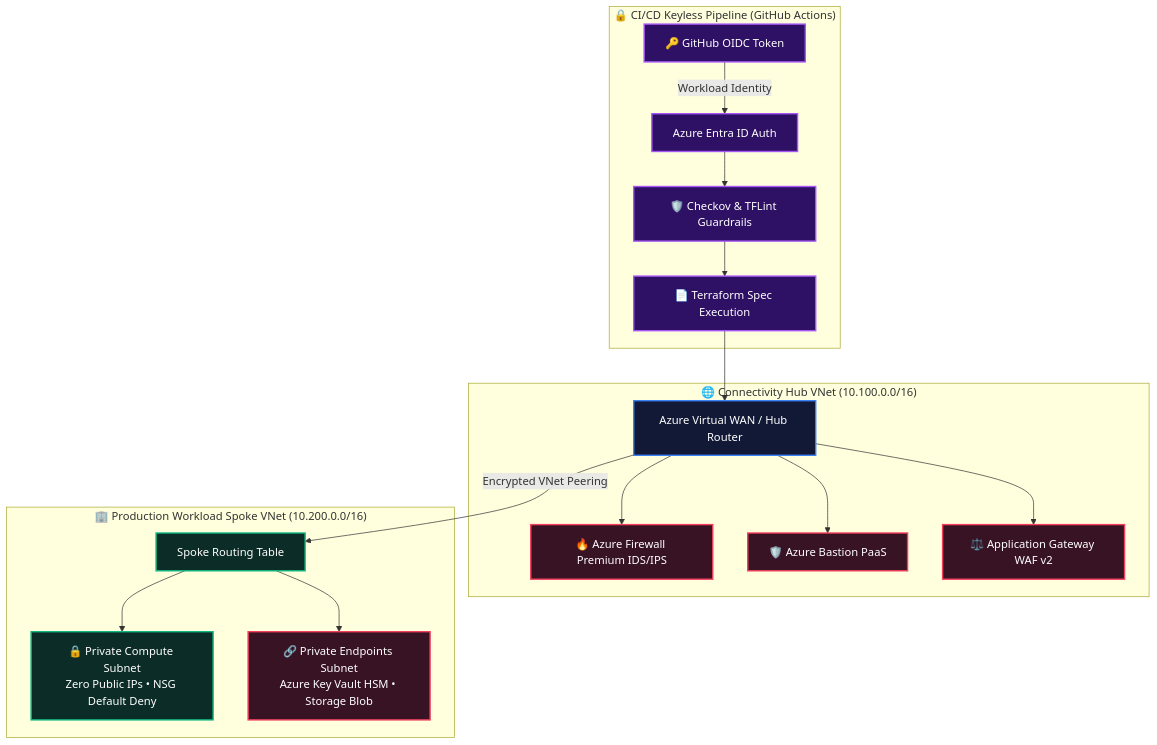
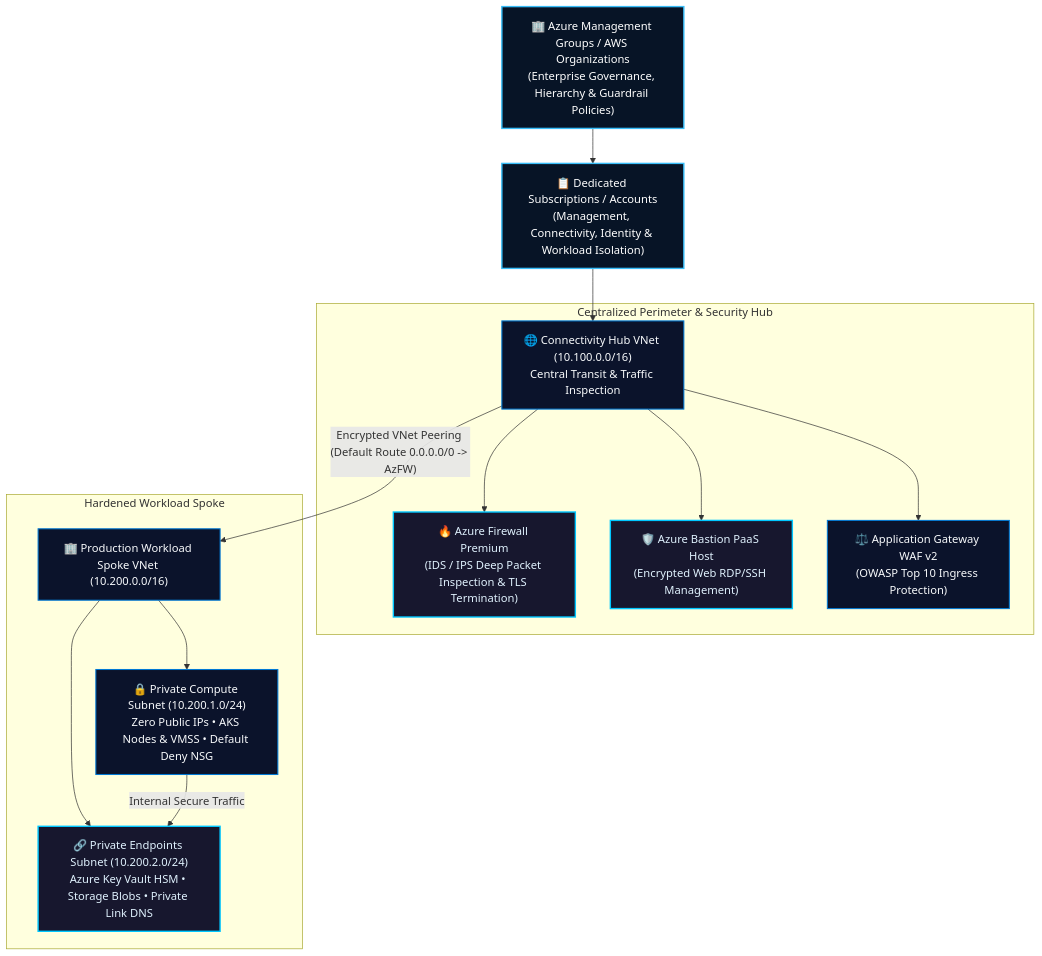
Before and after one commit to Dev-opsRahul/Dev-opsRahul: the third of 9 diagrams in README.md, drawn with Mermaid. The commit also changed other lines of this file, not shown here.

````diff
--- a/README.md
+++ b/README.md
@@ -106,30 +176,27 @@
 ```mermaid
-flowchart TD
-    classDef hub fill:#111936,stroke:#3b82f6,stroke-width:2px,color:#ffffff;
-    classDef spoke fill:#0c2d27,stroke:#10b981,stroke-width:2px,color:#ffffff;
-    classDef sec fill:#381324,stroke:#f43f5e,stroke-width:2px,color:#ffffff;
-    classDef pipe fill:#2e1065,stroke:#a855f7,stroke-width:2px,color:#ffffff;
-
-    subgraph CI ["🔒 CI/CD Keyless Pipeline (GitHub Actions)"]
-        OIDC[🔑 GitHub OIDC Token]:::pipe -->|Workload Identity| Auth[Azure Entra ID Auth]:::pipe
-        Auth --> Checkov[🛡️ Checkov & TFLint Guardrails]:::pipe
-        Checkov --> TFPlan[📄 Terraform Spec Execution]:::pipe
+flowchart TB
+    MG["🏢 Azure Management Groups / AWS Organizations\n(Enterprise Governance, Hierarchy & Guardrail Policies)"] --> SUB["📋 Dedicated Subscriptions / Accounts\n(Management, Connectivity, Identity & Workload Isolation)"]
+    
+    SUB --> HubVNet["🌐 Connectivity Hub VNet (10.100.0.0/16)\nCentral Transit & Traffic Inspection"]
+    
+    subgraph Hub ["Centralized Perimeter & Security Hub"]
+        HubVNet --> AzFW["🔥 Azure Firewall Premium\n(IDS / IPS Deep Packet Inspection & TLS Termination)"]
+        HubVNet --> Bastion["🛡️ Azure Bastion PaaS Host\n(Encrypted Web RDP/SSH Management)"]
+        HubVNet --> AppGW["⚖️ Application Gateway WAF v2\n(OWASP Top 10 Ingress Protection)"]
     end
 
-    TFPlan --> HubVNet
+    HubVNet -->|"Encrypted VNet Peering (Default Route 0.0.0.0/0 -> AzFW)"| SpokeVNet["🏢 Production Workload Spoke VNet (10.200.0.0/16)"]
 
-    subgraph Hub ["🌐 Connectivity Hub VNet (10.100.0.0/16)"]
-        HubVNet[Azure Virtual WAN / Hub Router]:::hub
-        HubVNet --> AzFW[🔥 Azure Firewall Premium IDS/IPS]:::sec
-        HubVNet --> Bastion[🛡️ Azure Bastion PaaS]:::sec
-        HubVNet --> AppGW[⚖️ Application Gateway WAF v2]:::sec
+    subgraph Spoke ["Hardened Workload Spoke"]
+        SpokeVNet --> Compute["🔒 Private Compute Subnet (10.200.1.0/24)\nZero Public IPs • AKS Nodes & VMSS • Default Deny NSG"]
+        SpokeVNet --> PrivLink["🔗 Private Endpoints Subnet (10.200.2.0/24)\nAzure Key Vault HSM • Storage Blobs • Private Link DNS"]
     end
 
-    HubVNet -->|Encrypted VNet Peering| SpokeVNet
+    Compute -->|"Internal Secure Traffic"| PrivLink
 
-    subgraph Spoke ["🏢 Production Workload Spoke VNet (10.200.0.0/16)"]
-        SpokeVNet[Spoke Routing Table]:::spoke
-        SpokeVNet --> Compute[🔒 Private Compute Subnet<br/>Zero Public IPs • NSG Default Deny]:::spoke
-        SpokeVNet --> PrivLink[🔗 Private Endpoints Subnet<br/>Azure Key Vault HSM • Storage Blob]:::sec
-    end
+    classDef default fill:#0B132B,stroke:#0078D4,stroke-width:1.5px,color:#F8FAFC;
+    classDef top fill:#071426,stroke:#38BDF8,stroke-width:2px,color:#FFFFFF;
+    classDef security fill:#17172E,stroke:#00C7FF,stroke-width:2px,color:#E0F2FE;
+    class MG,SUB top;
+    class AzFW,Bastion,PrivLink security;
 ```
````
